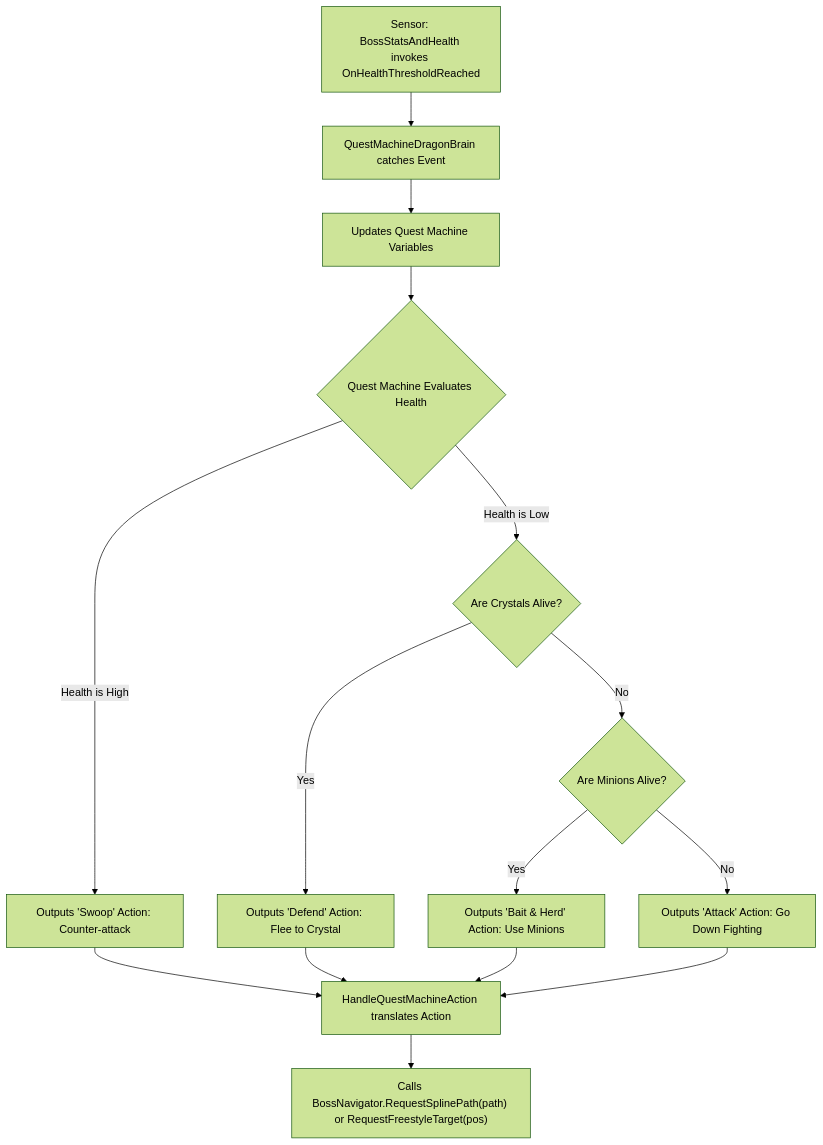
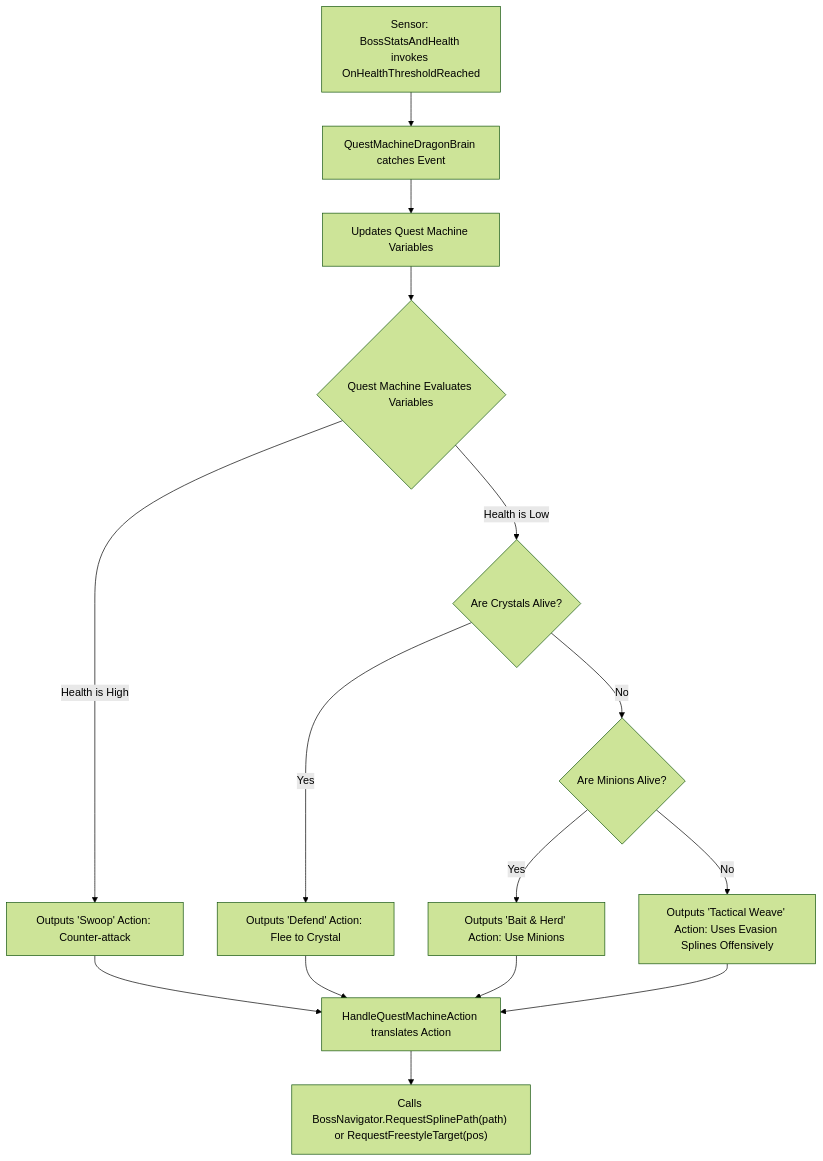
The first of 4 diagrams in Dragon_Code_Overview.md (NatalieC001/ObiRopeTest), drawn with Mermaid (forest theme) before and after one commit. The commit also changed other lines of this file, not shown here.

First line of the commit message:
docs: redefine Evasion Splines as tactical offensive routes

````diff
--- a/Dragon_Code_Overview.md
+++ b/Dragon_Code_Overview.md
@@ -23,22 +23,22 @@
 ```mermaid
 graph TD
     Data[Sensor: BossStatsAndHealth invokes OnHealthThresholdReached] --> Adapter[QuestMachineDragonBrain catches Event]
     Adapter --> QM[Updates Quest Machine Variables]
-    QM --> Evaluate{Quest Machine Evaluates Health}
+    QM --> Evaluate{Quest Machine Evaluates Variables}
 
     Evaluate -- Health is High --> Swoop[Outputs 'Swoop' Action: Counter-attack]
     Evaluate -- Health is Low --> CheckCrystal{Are Crystals Alive?}
 
     CheckCrystal -- Yes --> Defend[Outputs 'Defend' Action: Flee to Crystal]
     CheckCrystal -- No --> CheckMinions{Are Minions Alive?}
 
     CheckMinions -- Yes --> Herd[Outputs 'Bait & Herd' Action: Use Minions]
-    CheckMinions -- No --> LastStand[Outputs 'Attack' Action: Go Down Fighting]
+    CheckMinions -- No --> LastStand[Outputs 'Tactical Weave' Action: Uses Evasion Splines Offensively]
 
     Swoop --> Execute[HandleQuestMachineAction translates Action]
     Defend --> Execute
     Herd --> Execute
     LastStand --> Execute
 
     Execute --> Motor["Calls BossNavigator.RequestSplinePath(path) or RequestFreestyleTarget(pos)"]
 ```
````
